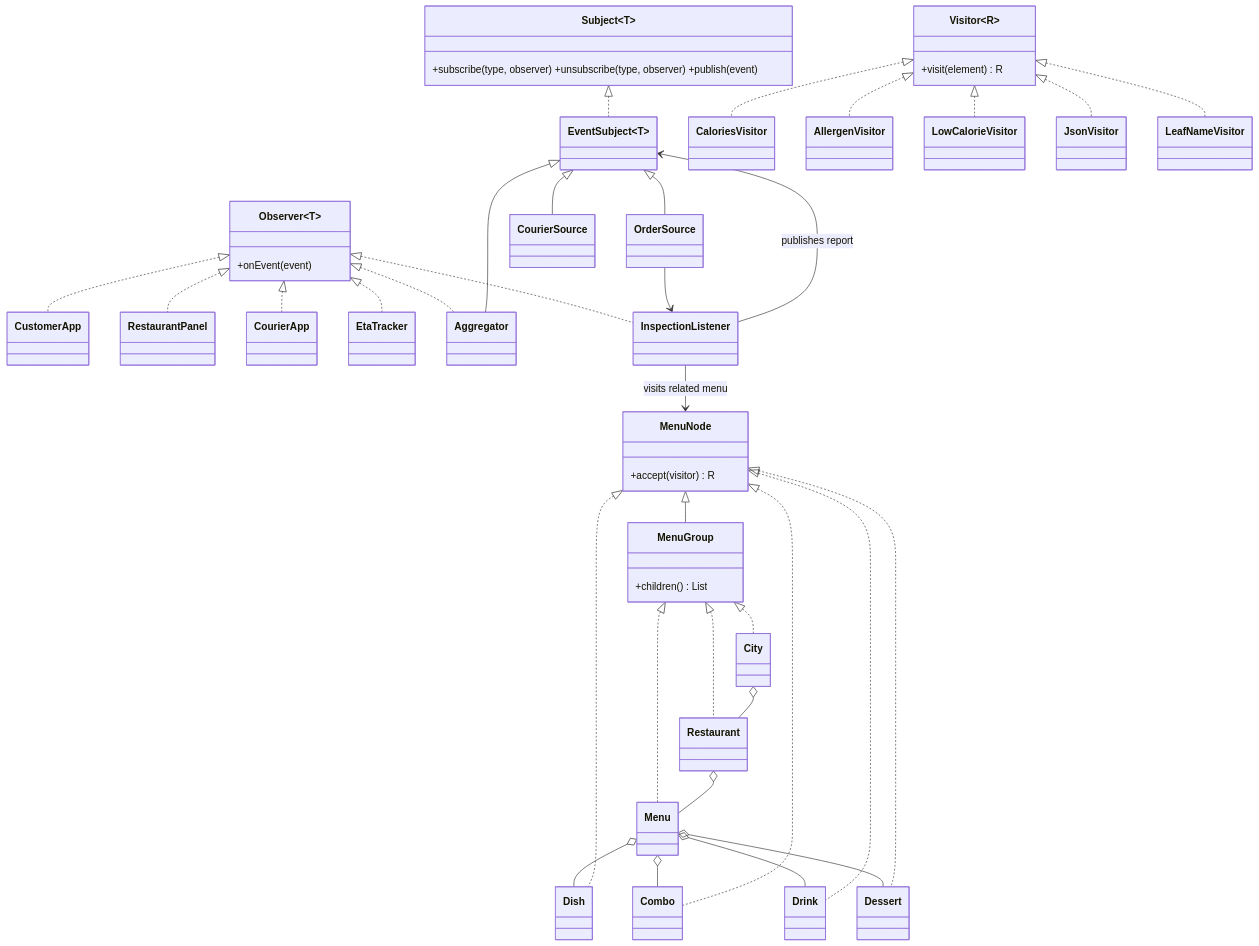
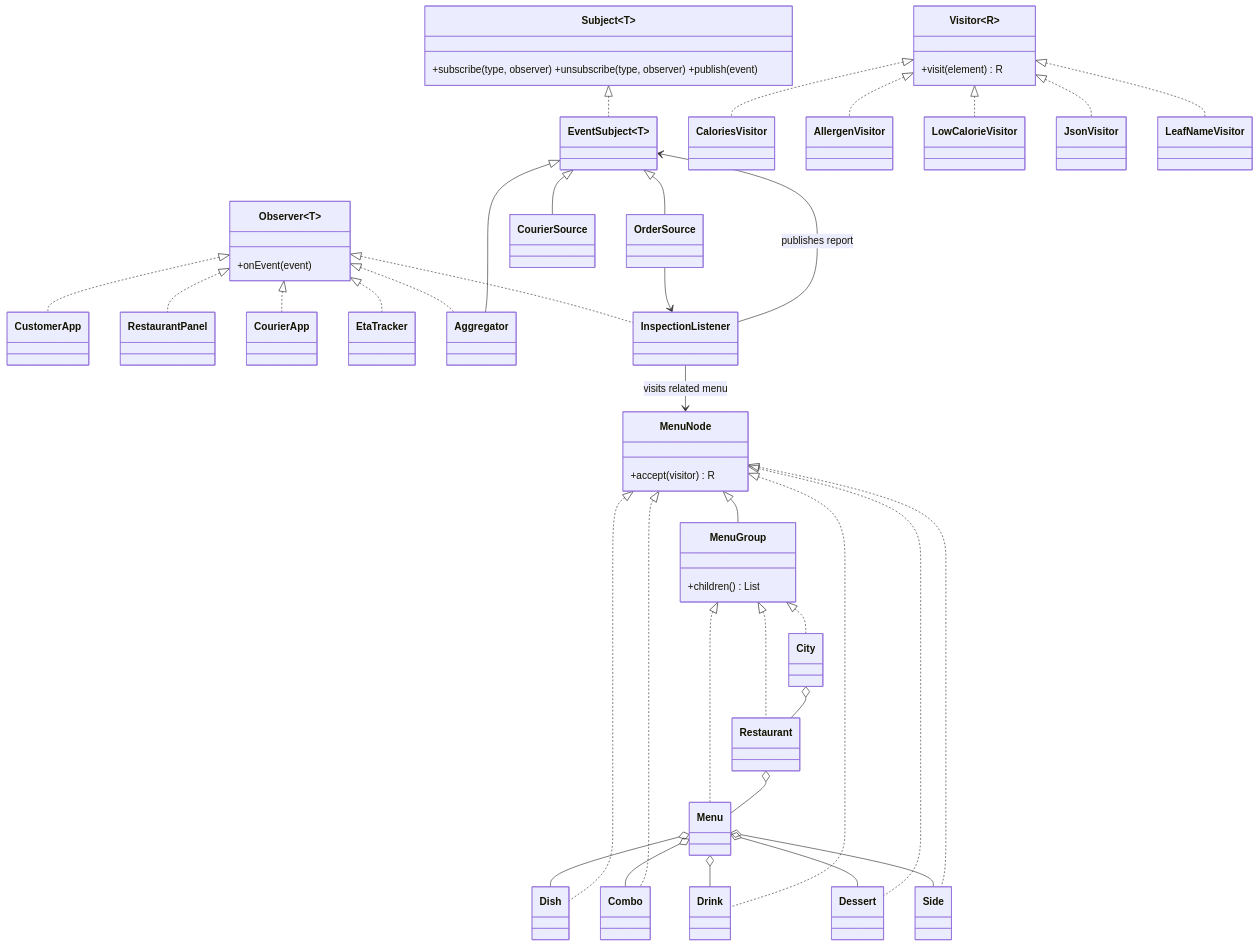
Before and after one commit to Natalyev/assignment_6: the diagram in docs/classes.md, drawn with Mermaid. The commit also changed 9 other files, not shown here.

````diff
--- a/docs/classes.md
+++ b/docs/classes.md
@@ -3,41 +3,43 @@
 ```mermaid
 classDiagram
     class Subject~T~ { +subscribe(type, observer) +unsubscribe(type, observer) +publish(event) }
     class Observer~T~ { +onEvent(event) }
     class EventSubject~T~
     Subject <|.. EventSubject
     EventSubject <|-- OrderSource
     EventSubject <|-- CourierSource
     Observer <|.. CustomerApp
     Observer <|.. RestaurantPanel
     Observer <|.. CourierApp
     Observer <|.. EtaTracker
     Observer <|.. Aggregator
     Observer <|.. InspectionListener
     EventSubject <|-- Aggregator
     OrderSource --> InspectionListener
     InspectionListener --> MenuNode : visits related menu
     InspectionListener --> EventSubject : publishes report
     class MenuNode { +accept(visitor) R }
     class MenuGroup { +children() List }
     MenuNode <|-- MenuGroup
     MenuGroup <|.. City
     MenuGroup <|.. Restaurant
     MenuGroup <|.. Menu
     City o-- Restaurant
     Restaurant o-- Menu
     Menu o-- Dish
     Menu o-- Combo
     Menu o-- Drink
     Menu o-- Dessert
+    Menu o-- Side
     MenuNode <|.. Dish
     MenuNode <|.. Combo
     MenuNode <|.. Drink
     MenuNode <|.. Dessert
+    MenuNode <|.. Side
     class Visitor~R~ { +visit(element) R }
     Visitor <|.. CaloriesVisitor
     Visitor <|.. AllergenVisitor
     Visitor <|.. LowCalorieVisitor
     Visitor <|.. JsonVisitor
     Visitor <|.. LeafNameVisitor
 ```
````
